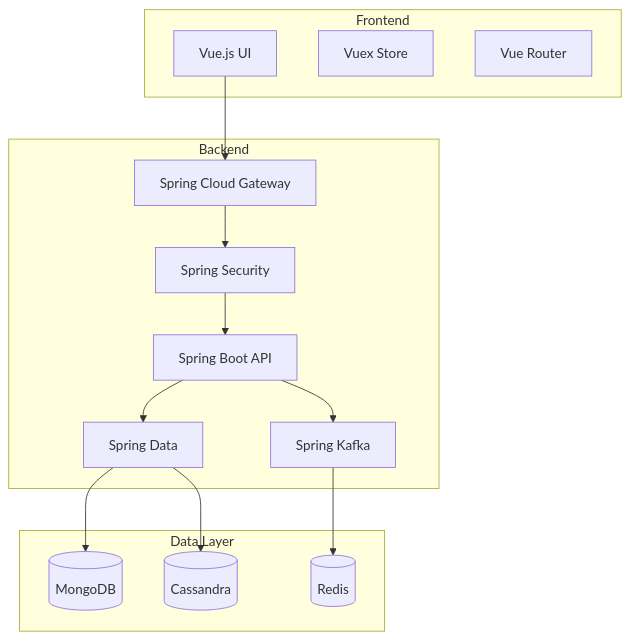
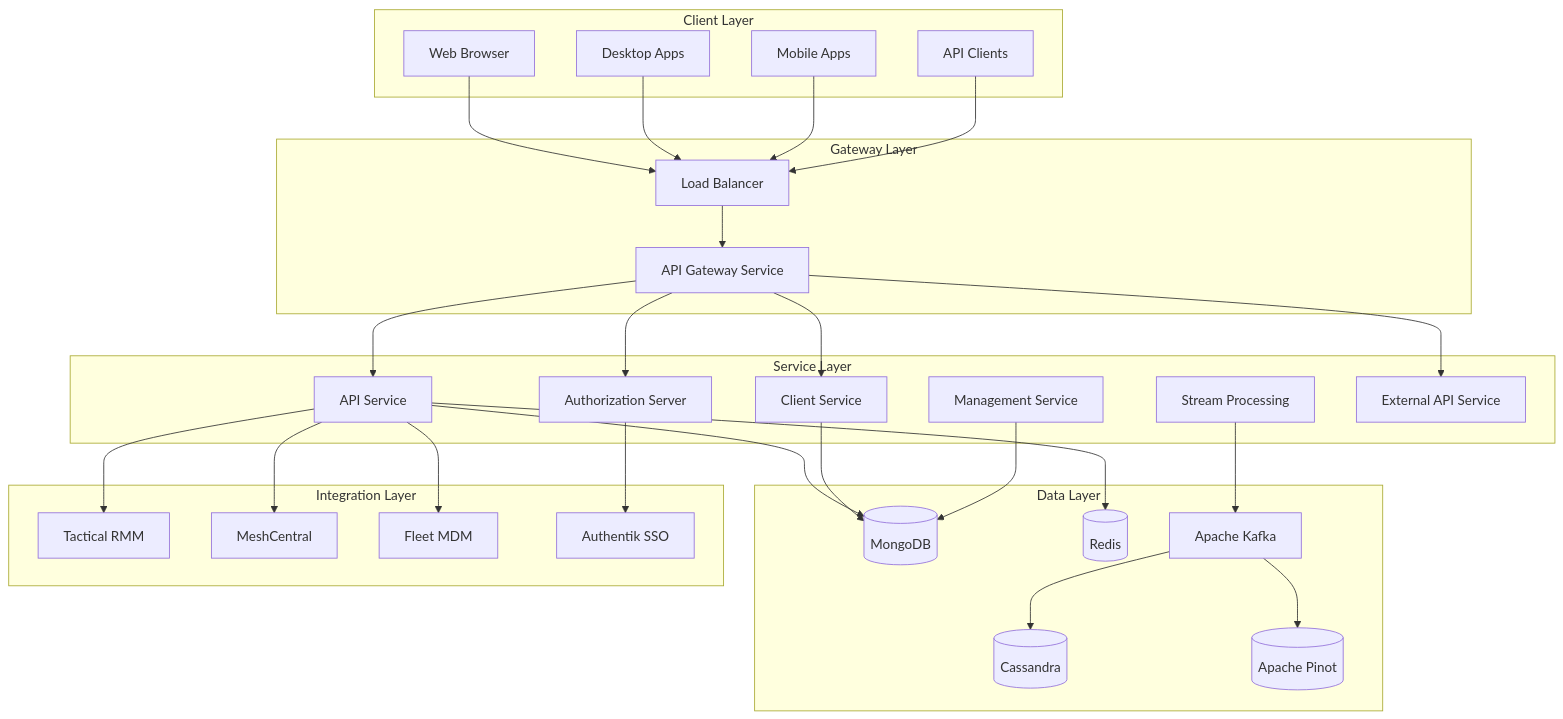
Before and after one commit to flamingo-stack/openframe-oss-tenant: the first of 9 diagrams in docs/development/architecture/overview.md, drawn with Mermaid. The commit also changed other lines of this file and 9 other files, not shown here.

````diff
--- a/docs/development/architecture/overview.md
+++ b/docs/development/architecture/overview.md
@@ -7,31 +7,63 @@
 ```mermaid
-graph TB
-    subgraph Frontend
-        UI[Vue.js UI]
-        Store[Vuex Store]
-        Router[Vue Router]
+flowchart TD
+    subgraph "Client Layer"
+        Browser[Web Browser]
+        Desktop[Desktop Apps]
+        Mobile[Mobile Apps]
+        API_Client[API Clients]
     end
-
-    subgraph Backend
-        Gateway[Spring Cloud Gateway]
-        Auth[Spring Security]
-        API[Spring Boot API]
-        Stream[Spring Kafka]
-        Data[Spring Data]
+    
+    subgraph "Gateway Layer"
+        Gateway[API Gateway Service]
+        LB[Load Balancer]
     end
-
-    subgraph Data Layer
+    
+    subgraph "Service Layer"
+        API[API Service]
+        Auth[Authorization Server]
+        Client[Client Service]
+        Management[Management Service]
+        Stream[Stream Processing]
+        External[External API Service]
+    end
+    
+    subgraph "Data Layer"
         MongoDB[(MongoDB)]
         Cassandra[(Cassandra)]
         Redis[(Redis)]
+        Kafka[Apache Kafka]
+        Pinot[(Apache Pinot)]
     end
-
-    UI --> Gateway
+    
+    subgraph "Integration Layer"
+        TacticalRMM[Tactical RMM]
+        MeshCentral[MeshCentral]
+        FleetDM[Fleet MDM]
+        Authentik[Authentik SSO]
+    end
+    
+    Browser --> LB
+    Desktop --> LB
+    Mobile --> LB
+    API_Client --> LB
+    
+    LB --> Gateway
+    Gateway --> API
     Gateway --> Auth
-    Auth --> API
-    API --> Stream
-    API --> Data
-    Data --> MongoDB
-    Data --> Cassandra
-    Stream --> Redis
+    Gateway --> Client
+    Gateway --> External
+    
+    API --> MongoDB
+    API --> Redis
+    Client --> MongoDB
+    Management --> MongoDB
+    
+    Stream --> Kafka
+    Kafka --> Cassandra
+    Kafka --> Pinot
+    
+    API --> TacticalRMM
+    API --> MeshCentral
+    API --> FleetDM
+    Auth --> Authentik
 ```
````
